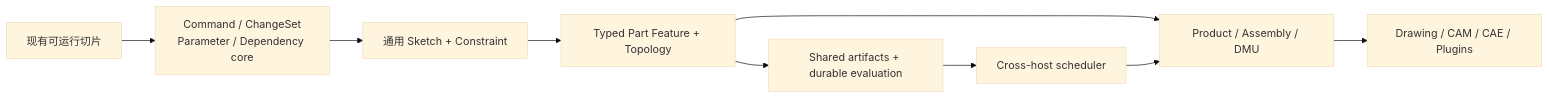
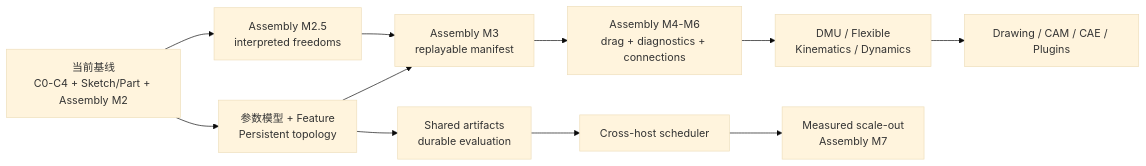
Diagram 51 of 52 in docs/TARGET_ARCHITECTURE.md (cossoledad/occccad), drawn with Mermaid (base theme) before and after one commit. The commit also changed other lines of this file and 17 other files, not shown here.

````diff
--- a/docs/TARGET_ARCHITECTURE.md
+++ b/docs/TARGET_ARCHITECTURE.md
@@ -5152,11 +5154,13 @@
 ```mermaid
 flowchart LR
-    Legacy["现有可运行切片"] --> Core["Command / ChangeSet<br/>Parameter / Dependency core"]
-    Core --> Sketch["通用 Sketch + Constraint"]
-    Sketch --> Part["Typed Part Feature + Topology"]
-    Part --> Artifact["Shared artifacts + durable evaluation"]
+    Baseline["当前基线<br/>C0-C4 + Sketch/Part + Assembly M2"] --> Part["参数模型 + Feature<br/>Persistent topology"]
+    Baseline --> M2["Assembly M2.5<br/>interpreted freedoms"]
+    Part --> Manifest["Assembly M3<br/>replayable manifest"]
+    M2 --> Manifest
+    Manifest --> Interaction["Assembly M4-M6<br/>drag + diagnostics + connections"]
+    Part --> Artifact["Shared artifacts<br/>durable evaluation"]
     Artifact --> Distributed["Cross-host scheduler"]
-    Part --> Assembly["Product / Assembly / DMU"]
-    Distributed --> Assembly
-    Assembly --> Ecosystem["Drawing / CAM / CAE / Plugins"]
+    Interaction --> DMU["DMU / Flexible<br/>Kinematics / Dynamics"]
+    Distributed --> Scale["Measured scale-out<br/>Assembly M7"]
+    DMU --> Ecosystem["Drawing / CAM / CAE / Plugins"]
 ```
````
